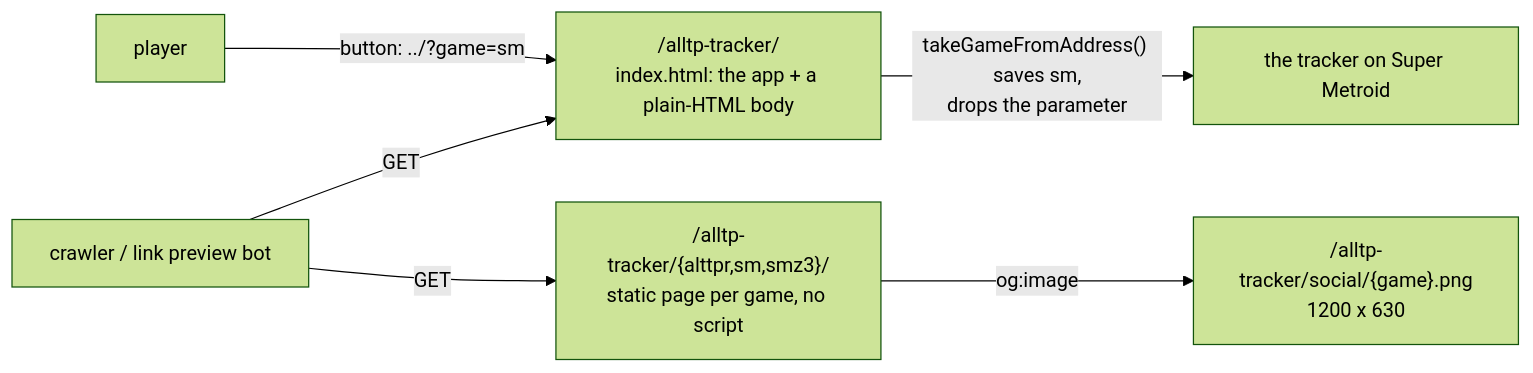
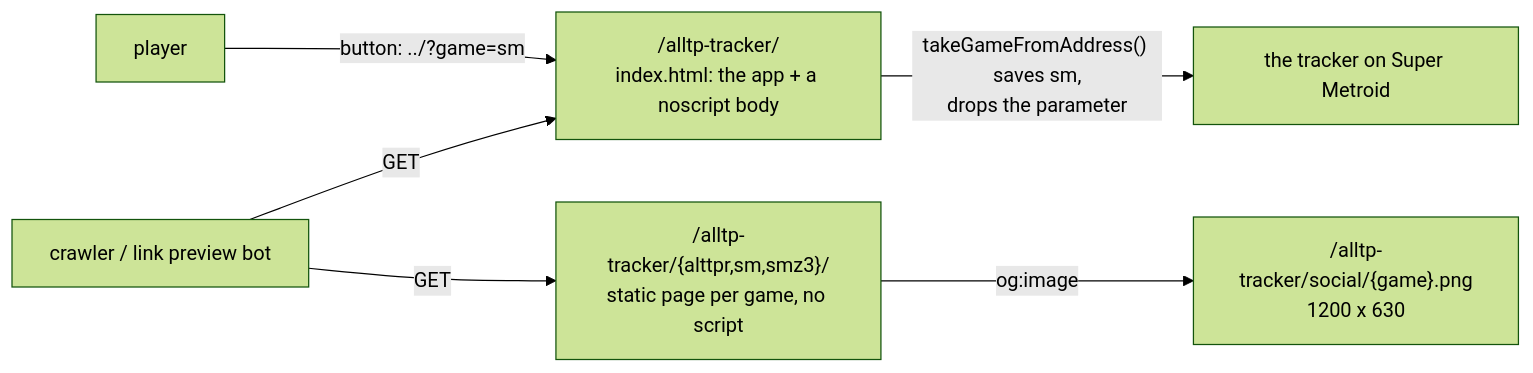
Before and after one commit to kqesar/alltp-tracker: the diagram in docs/seo.md, drawn with Mermaid (forest theme). The commit also changed other lines of this file and 3 other files, not shown here.

````diff
--- a/docs/seo.md
+++ b/docs/seo.md
@@ -7,8 +7,8 @@
 ```mermaid
 flowchart LR
-  crawler["crawler / link preview bot"] -->|GET| root["/alltp-tracker/<br/>index.html: the app + a plain-HTML body"]
+  crawler["crawler / link preview bot"] -->|GET| root["/alltp-tracker/<br/>index.html: the app + a noscript body"]
   crawler -->|GET| pages["/alltp-tracker/{alttpr,sm,smz3}/<br/>static page per game, no script"]
   pages -->|"og:image"| cards["/alltp-tracker/social/{game}.png<br/>1200 x 630"]
   player["player"] -->|"button: ../?game=sm"| root
   root -->|"takeGameFromAddress() saves sm,<br/>drops the parameter"| app["the tracker on Super Metroid"]
 ```
````
